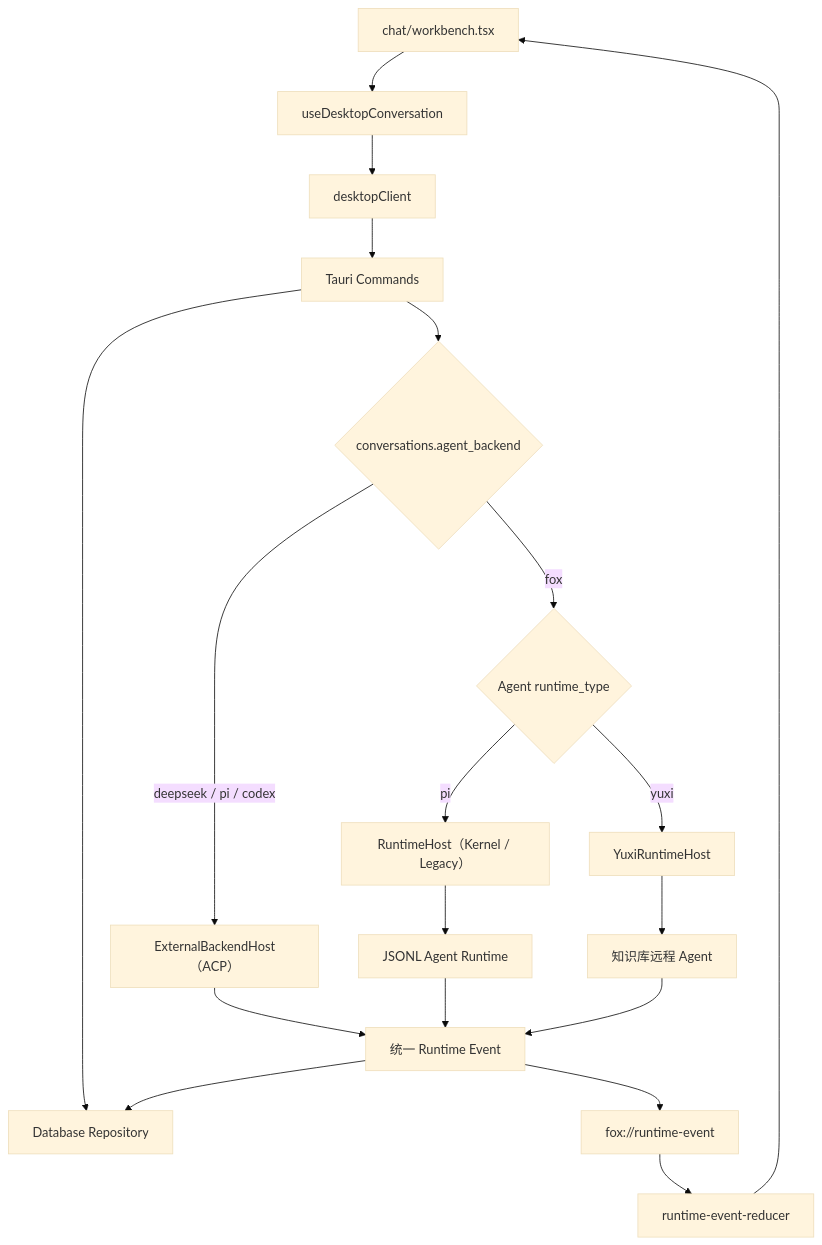
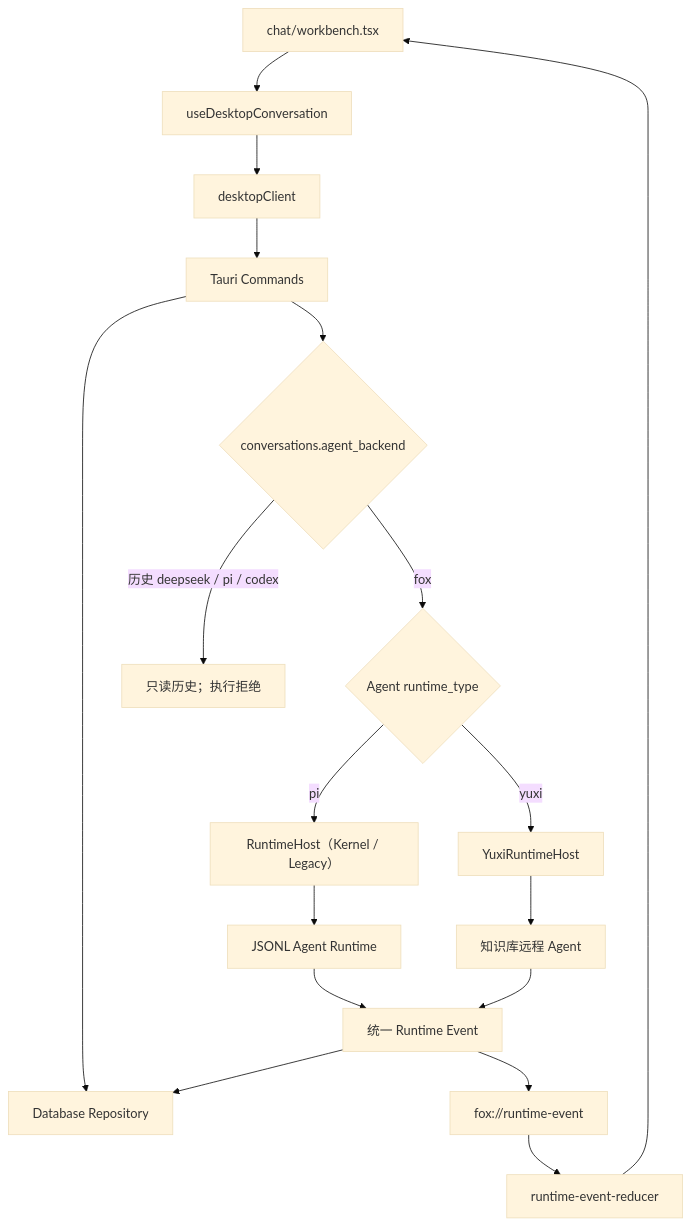
The first of 3 diagrams in docs/02-架构/对话系统架构.md (Hry1729/Fox-Agent), drawn with Mermaid (base theme) before and after one commit. The commit also changed other lines of this file and 95 other files, not shown here.

````diff
--- a/docs/02-架构/对话系统架构.md
+++ b/docs/02-架构/对话系统架构.md
@@ -30,21 +30,20 @@
 ```mermaid
 flowchart TB
     WB["chat/workbench.tsx"] --> HOOK["useDesktopConversation"]
     HOOK --> CLIENT["desktopClient"]
     CLIENT --> CMD["Tauri Commands"]
     CMD --> REPO["Database Repository"]
     CMD --> GATE{"conversations.agent_backend"}
-    GATE -->|"deepseek / pi / codex"| EXT["ExternalBackendHost（ACP）"]
-    EXT --> EVENT
+    GATE -->|"历史 deepseek / pi / codex"| EXT["只读历史；执行拒绝"]
     GATE -->|"fox"| ROUTER{"Agent runtime_type"}
     ROUTER -->|"pi"| LOCAL["RuntimeHost（Kernel / Legacy）"]
     ROUTER -->|"yuxi"| REMOTE["YuxiRuntimeHost"]
     LOCAL --> SIDE["JSONL Agent Runtime"]
     REMOTE --> SERVICE["知识库远程 Agent"]
     SIDE --> EVENT["统一 Runtime Event"]
     SERVICE --> EVENT
     EVENT --> REPO
     EVENT --> BUS["fox://runtime-event"]
     BUS --> REDUCER["runtime-event-reducer"]
     REDUCER --> WB
 ```
````
